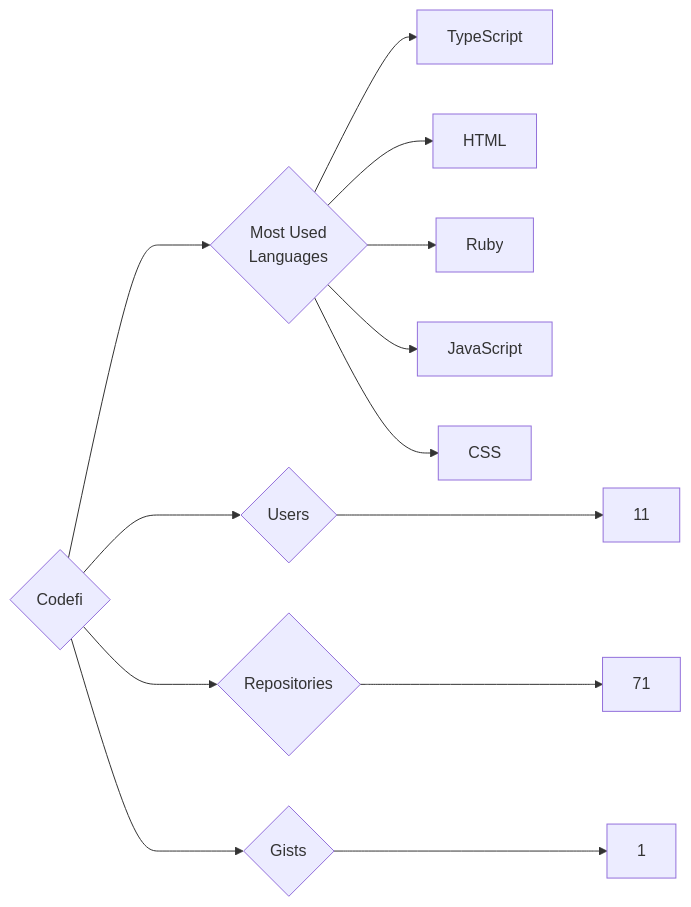
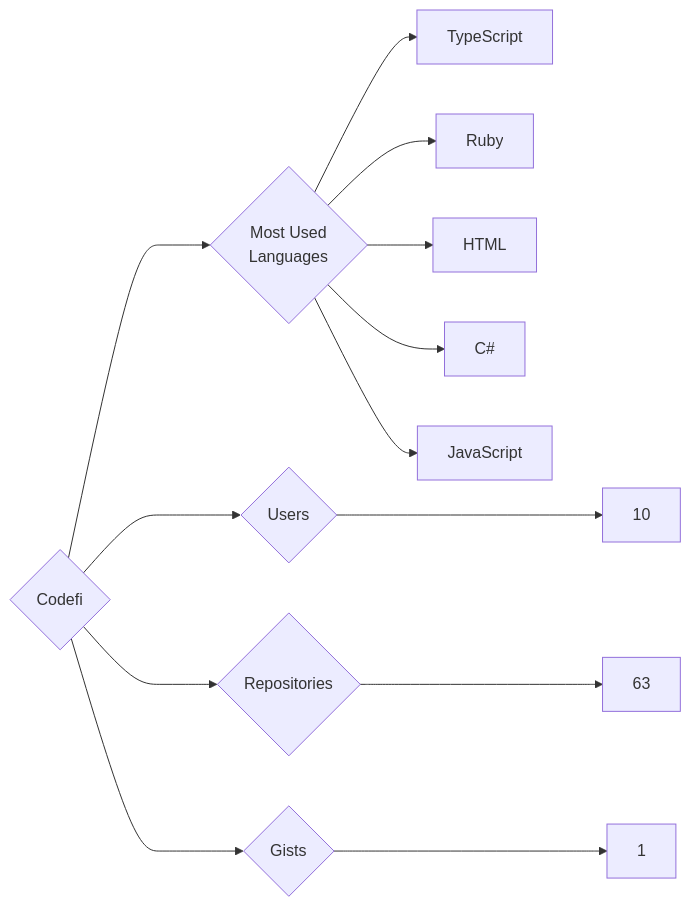
One commit to trickest/insiders changed the diagram in targets/Codefi/README.md. Above: the diagram before and after it, drawn with Mermaid. The commit also changed 1166 other files, not shown here.

````diff
--- a/targets/Codefi/README.md
+++ b/targets/Codefi/README.md
@@ -3,13 +3,13 @@
 ```mermaid
 graph LR
 COMPANY_NAME{Codefi}
-COMPANY_NAME ---> U{Users} ---> UN[11]
-COMPANY_NAME ---> R{Repositories} ---> RN[71]
+COMPANY_NAME ---> U{Users} ---> UN[10]
+COMPANY_NAME ---> R{Repositories} ---> RN[63]
 COMPANY_NAME ---> G{Gists} ---> GN[1]
 COMPANY_NAME ---> ML{Most Used<br>Languages}
 ML --> TypeScript[TypeScript]
+ML --> Ruby[Ruby]
 ML --> HTML[HTML]
-ML --> Ruby[Ruby]
+ML --> C#[C#]
 ML --> JavaScript[JavaScript]
-ML --> CSS[CSS]
 ```
````
